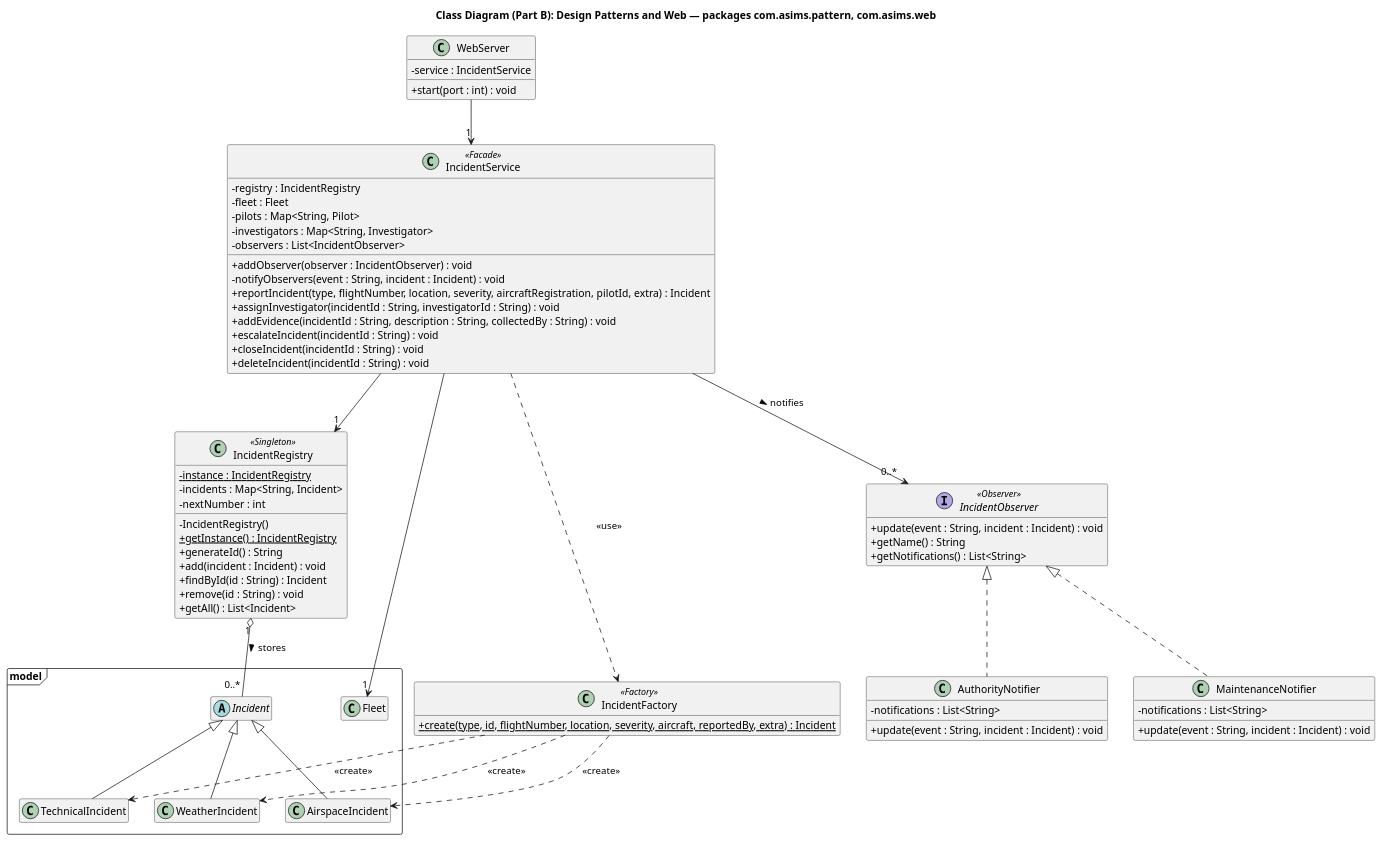
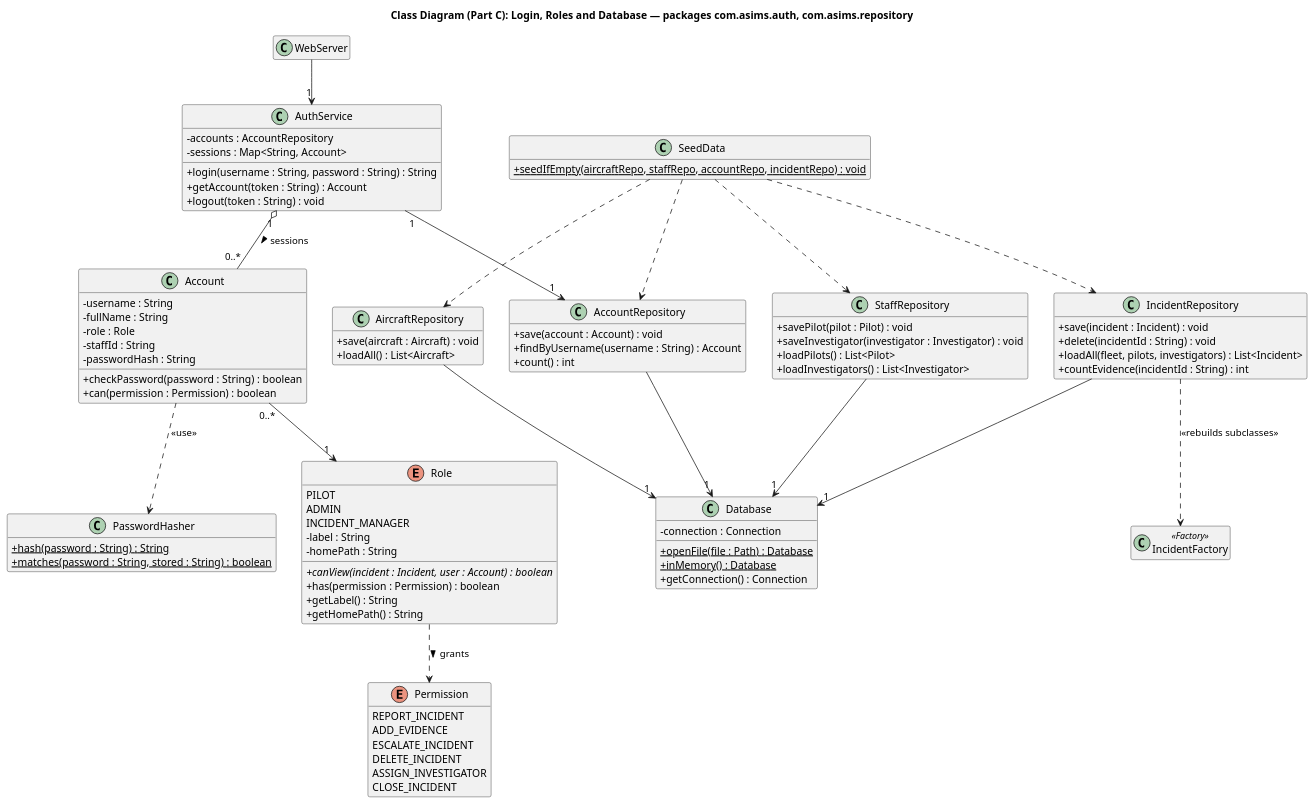
Before and after one commit to hassanshakil22/OOAD-ASIMS: the fifth of 10 diagrams in docs/UML_DIAGRAMS.md, drawn with PlantUML. The commit also changed other lines of this file and 25 other files, not shown here.

Commit message:
Update report, UML diagrams, test results and README for the new system

````diff
--- a/docs/UML_DIAGRAMS.md
+++ b/docs/UML_DIAGRAMS.md
@@ -453,83 +369,105 @@
 @startuml
 skinparam classAttributeIconSize 0
 hide empty members
-title Class Diagram (Part B): Design Patterns and Web — packages com.asims.pattern, com.asims.web
+title Class Diagram (Part C): Login, Roles and Database — packages com.asims.auth, com.asims.repository
 
-package model <<Frame>> {
-  abstract class Incident
-  class TechnicalIncident
-  class WeatherIncident
-  class AirspaceIncident
-  class Fleet
+enum Permission {
+  REPORT_INCIDENT
+  ADD_EVIDENCE
+  ESCALATE_INCIDENT
+  DELETE_INCIDENT
+  ASSIGN_INVESTIGATOR
+  CLOSE_INCIDENT
 }
 
-class IncidentRegistry <<Singleton>> {
-  - {static} instance : IncidentRegistry
-  - incidents : Map<String, Incident>
-  - nextNumber : int
-  - IncidentRegistry()
-  + {static} getInstance() : IncidentRegistry
-  + generateId() : String
-  + add(incident : Incident) : void
-  + findById(id : String) : Incident
-  + remove(id : String) : void
-  + getAll() : List<Incident>
+enum Role {
+  PILOT
+  ADMIN
+  INCIDENT_MANAGER
+  - label : String
+  - homePath : String
+  + {abstract} canView(incident : Incident, user : Account) : boolean
+  + has(permission : Permission) : boolean
+  + getLabel() : String
+  + getHomePath() : String
 }
 
-class IncidentFactory <<Factory>> {
-  + {static} create(type, id, flightNumber, location, severity, aircraft, reportedBy, extra) : Incident
+class Account {
+  - username : String
+  - fullName : String
+  - role : Role
+  - staffId : String
+  - passwordHash : String
+  + checkPassword(password : String) : boolean
+  + can(permission : Permission) : boolean
 }
 
-interface IncidentObserver <<Observer>> {
-  + update(event : String, incident : Incident) : void
-  + getName() : String
-  + getNotifications() : List<String>
+class PasswordHasher {
+  + {static} hash(password : String) : String
+  + {static} matches(password : String, stored : String) : boolean
 }
 
-class AuthorityNotifier {
-  - notifications : List<String>
-  + update(event : String, incident : Incident) : void
+class AuthService {
+  - accounts : AccountRepository
+  - sessions : Map<String, Account>
+  + login(username : String, password : String) : String
+  + getAccount(token : String) : Account
+  + logout(token : String) : void
 }
 
-class MaintenanceNotifier {
-  - notifications : List<String>
-  + update(event : String, incident : Incident) : void
+class Database {
+  - connection : Connection
+  + {static} openFile(file : Path) : Database
+  + {static} inMemory() : Database
+  + getConnection() : Connection
 }
 
-class IncidentService <<Facade>> {
-  - registry : IncidentRegistry
-  - fleet : Fleet
-  - pilots : Map<String, Pilot>
-  - investigators : Map<String, Investigator>
-  - observers : List<IncidentObserver>
-  + addObserver(observer : IncidentObserver) : void
-  - notifyObservers(event : String, incident : Incident) : void
-  + reportIncident(type, flightNumber, location, severity, aircraftRegistration, pilotId, extra) : Incident
-  + assignInvestigator(incidentId : String, investigatorId : String) : void
-  + addEvidence(incidentId : String, description : String, collectedBy : String) : void
-  + escalateIncident(incidentId : String) : void
-  + closeIncident(incidentId : String) : void
-  + deleteIncident(incidentId : String) : void
+class AccountRepository {
+  + save(account : Account) : void
+  + findByUsername(username : String) : Account
+  + count() : int
 }
 
-class WebServer {
-  - service : IncidentService
-  + start(port : int) : void
+class IncidentRepository {
+  + save(incident : Incident) : void
+  + delete(incidentId : String) : void
+  + loadAll(fleet, pilots, investigators) : List<Incident>
+  + countEvidence(incidentId : String) : int
 }
 
-IncidentObserver <|.. AuthorityNotifier
-IncidentObserver <|.. MaintenanceNotifier
-WebServer --> "1" IncidentService
-IncidentService --> "1" IncidentRegistry
-IncidentService --> "1" Fleet
-IncidentService --> "0..*" IncidentObserver : notifies >
-IncidentService ..> IncidentFactory : <<use>>
-IncidentRegistry "1" o-- "0..*" Incident : stores >
-IncidentFactory ..> TechnicalIncident : <<create>>
-IncidentFactory ..> WeatherIncident : <<create>>
-IncidentFactory ..> AirspaceIncident : <<create>>
-Incident <|-- TechnicalIncident
-Incident <|-- WeatherIncident
-Incident <|-- AirspaceIncident
+class AircraftRepository {
+  + save(aircraft : Aircraft) : void
+  + loadAll() : List<Aircraft>
+}
+
+class StaffRepository {
+  + savePilot(pilot : Pilot) : void
+  + saveInvestigator(investigator : Investigator) : void
+  + loadPilots() : List<Pilot>
+  + loadInvestigators() : List<Investigator>
+}
+
+class SeedData {
+  + {static} seedIfEmpty(aircraftRepo, staffRepo, accountRepo, incidentRepo) : void
+}
+
+class IncidentFactory <<Factory>>
+class WebServer
+
+Account "0..*" --> "1" Role
+Role ..> Permission : grants >
+Account ..> PasswordHasher : <<use>>
+AuthService "1" --> "1" AccountRepository
+AuthService "1" o-- "0..*" Account : sessions >
+WebServer --> "1" AuthService
+AccountRepository --> "1" Database
+IncidentRepository --> "1" Database
+AircraftRepository --> "1" Database
+StaffRepository --> "1" Database
+IncidentRepository ..> IncidentFactory : <<rebuilds subclasses>>
+SeedData ..> AircraftRepository
+SeedData ..> StaffRepository
+SeedData ..> AccountRepository
+SeedData ..> IncidentRepository
 @enduml
 ```
````
